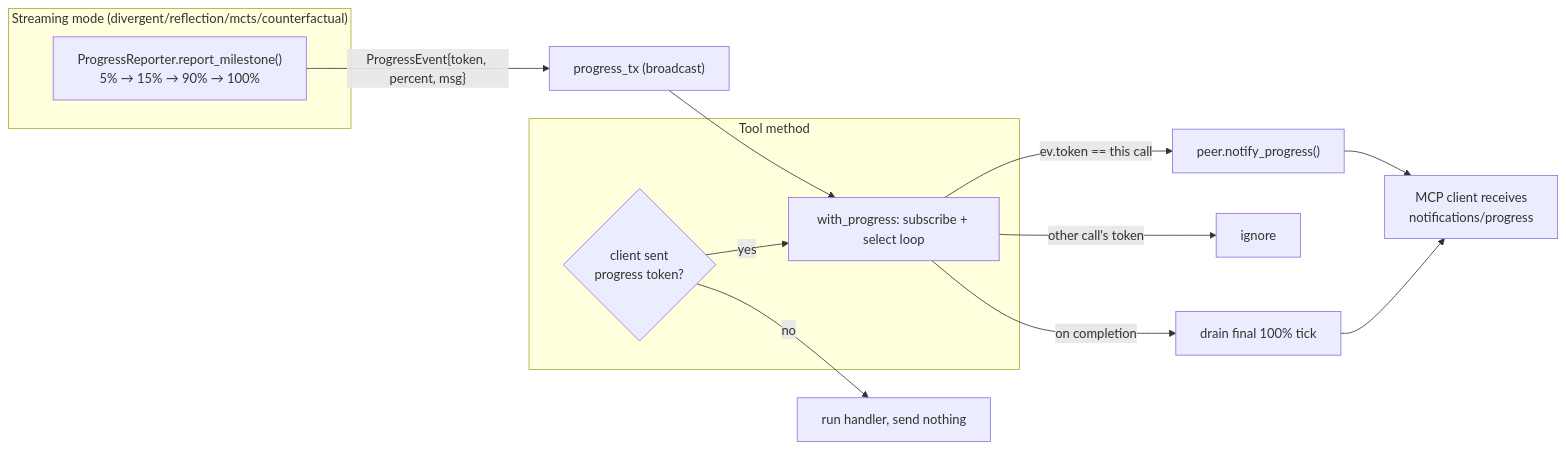
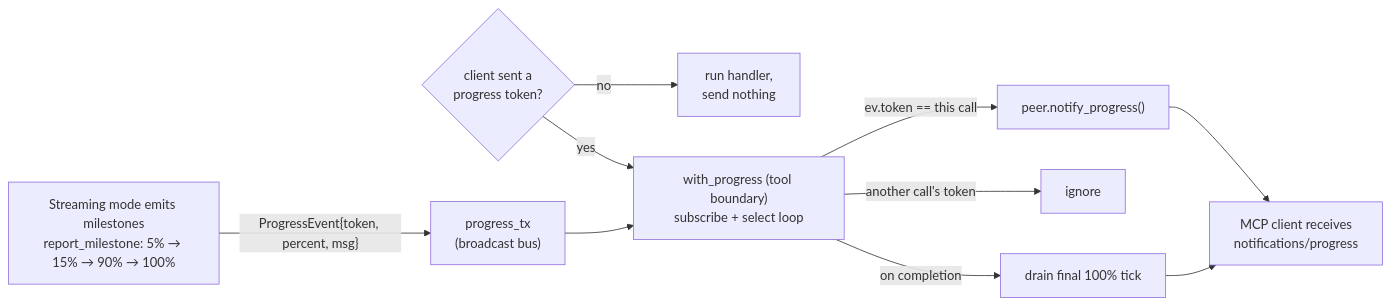
Before and after one commit to quanticsoul4772/mcp-reasoning: the fourth of 8 diagrams in docs/reference/END_TO_END_FLOW.md, drawn with Mermaid. The commit also changed other lines of this file, not shown here.

First line of the commit message:
docs(flow): fix Mermaid diagrams where nodes fell outside subgraph frames (#179)

````diff
--- a/docs/reference/END_TO_END_FLOW.md
+++ b/docs/reference/END_TO_END_FLOW.md
@@ -154,20 +154,16 @@
 ```mermaid
 flowchart LR
-    subgraph Mode["Streaming mode (divergent/reflection/mcts/counterfactual)"]
-        RM["ProgressReporter.report_milestone()<br/>5% → 15% → 90% → 100%"]
-    end
-    RM -->|"ProgressEvent{token, percent, msg}"| TX["progress_tx (broadcast)"]
+    RM["Streaming mode emits milestones<br/>report_milestone: 5% → 15% → 90% → 100%"]
+    RM -->|"ProgressEvent{token, percent, msg}"| TX["progress_tx<br/>(broadcast bus)"]
 
-    subgraph Boundary["Tool method"]
-        Meta{"client sent<br/>progress token?"}
-        WP["with_progress: subscribe + select loop"]
-    end
+    Meta{"client sent a<br/>progress token?"}
+    Meta -->|"no"| Passthrough["run handler,<br/>send nothing"]
+    Meta -->|"yes"| WP["with_progress (tool boundary)<br/>subscribe + select loop"]
+    TX --> WP
 
-    TX --> WP
-    Meta -->|"no"| Passthrough["run handler, send nothing"]
-    Meta -->|"yes"| WP
     WP -->|"ev.token == this call"| Notify["peer.notify_progress()"]
-    WP -->|"other call's token"| Ignore["ignore"]
+    WP -->|"another call's token"| Ignore["ignore"]
+    WP -->|"on completion"| Drain["drain final 100% tick"]
     Notify --> Client["MCP client receives<br/>notifications/progress"]
-    WP -->|"on completion"| Drain["drain final 100% tick"] --> Client
+    Drain --> Client
 ```
````
